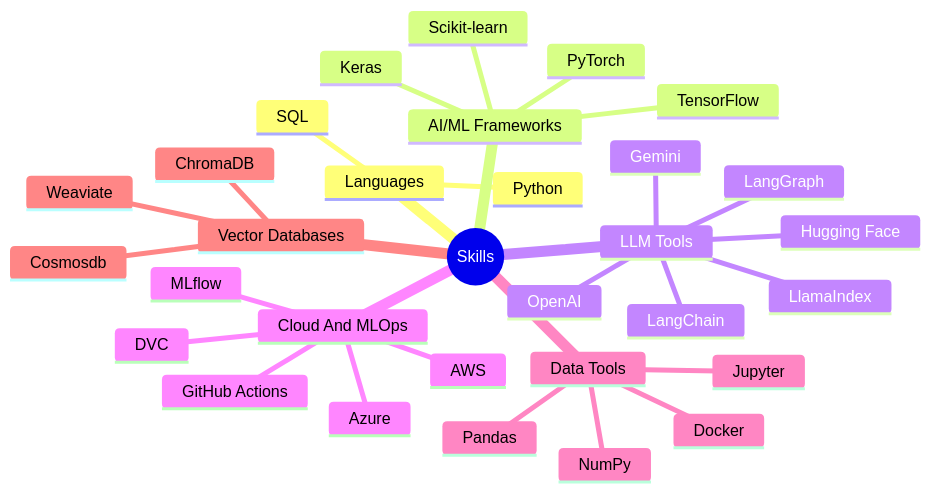
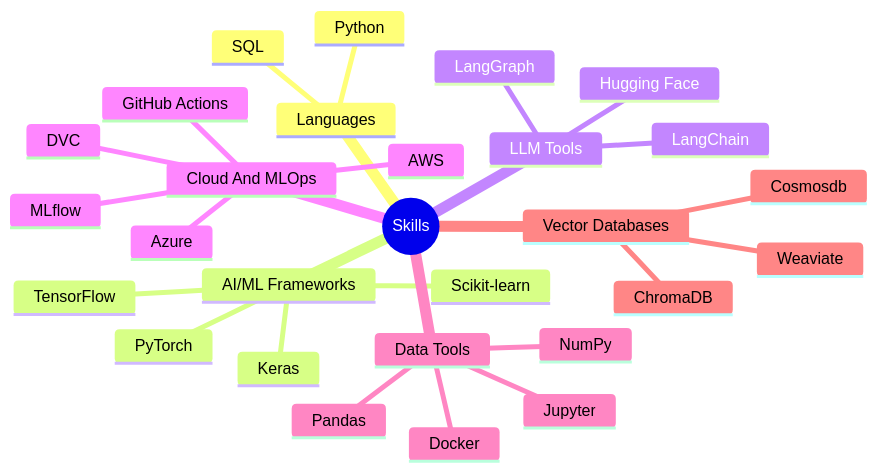
One commit to Parth189p/Parth189p changed the diagram in README.md. Above: the diagram before and after it, drawn with Mermaid.

````diff
--- a/README.md
+++ b/README.md
@@ -28,34 +28,31 @@
 ```mermaid
 mindmap
   root((Skills))
     Languages
       Python
       SQL
     AI/ML Frameworks
       TensorFlow
       PyTorch
       Keras
       Scikit-learn
     LLM Tools
       LangChain
       LangGraph
-      LlamaIndex
-      OpenAI
-      Gemini
       Hugging Face
     Cloud And MLOps
       AWS
       Azure
       MLflow
       DVC
       GitHub Actions
     Data Tools
       Jupyter
       Pandas
       NumPy
       Docker
     Vector Databases
       Cosmosdb
       Weaviate
       ChromaDB
 ```
````
